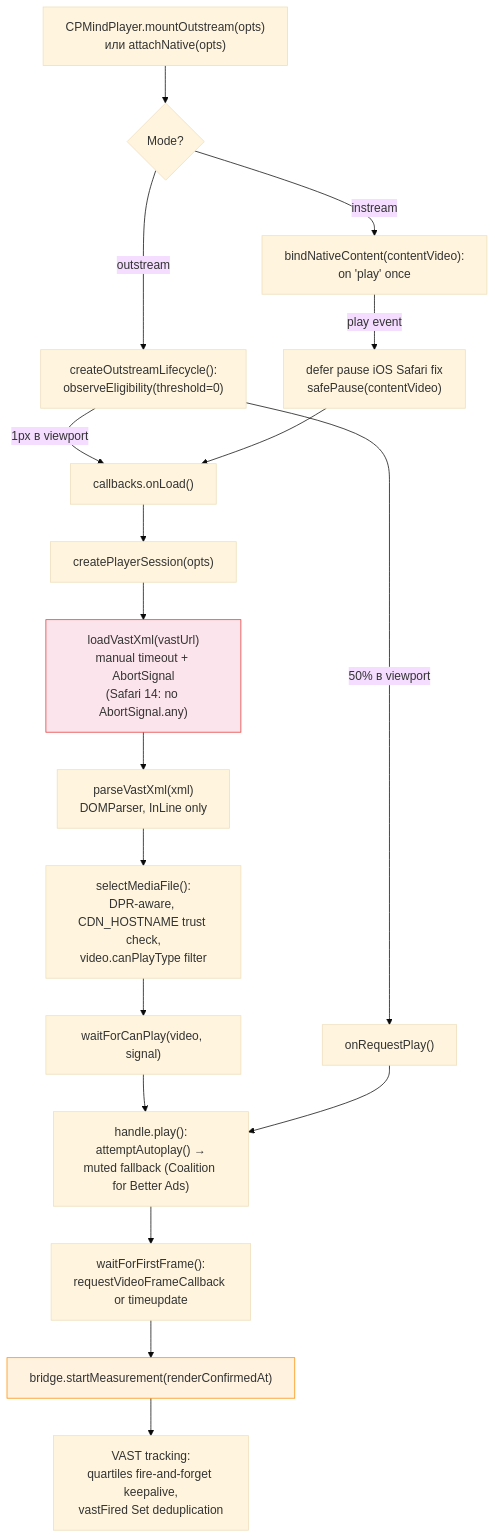
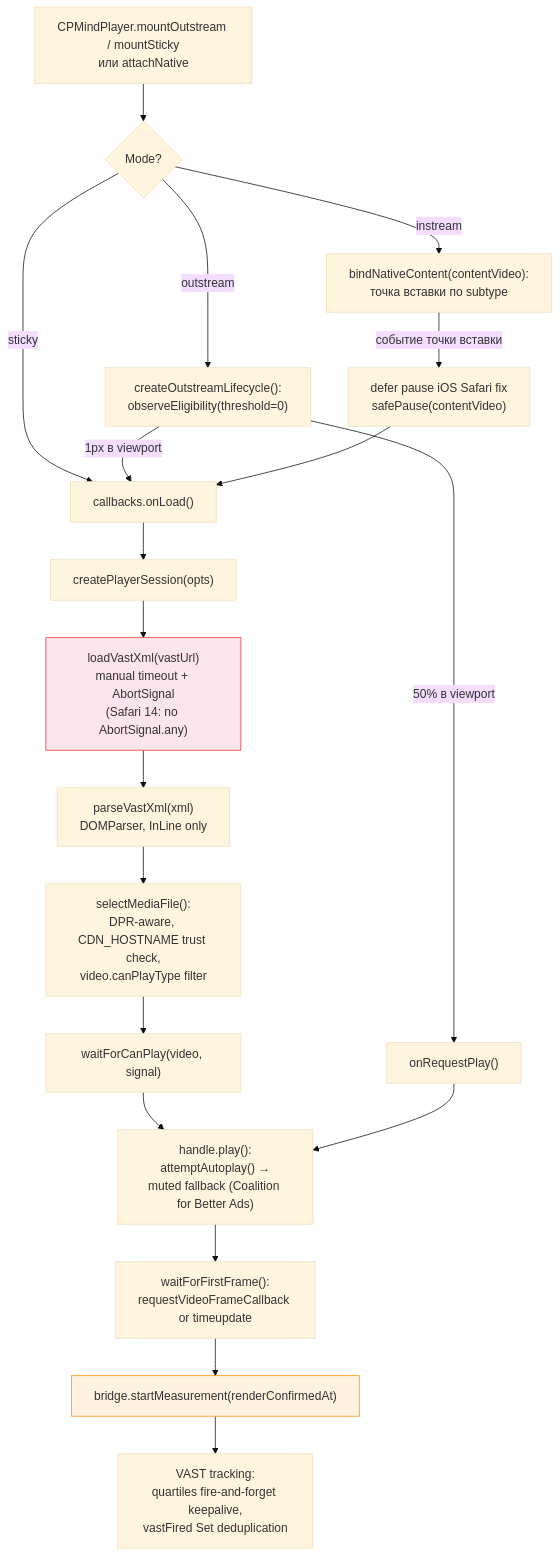
The sixth of 13 diagrams in docs/ARCHITECTURE.md (StepanCyberPsy/CPMind-core), drawn with Mermaid (base theme) before and after one commit. The commit also changed other lines of this file and 11 other files, not shown here.

````diff
--- a/docs/ARCHITECTURE.md
+++ b/docs/ARCHITECTURE.md
@@ -388,27 +367,28 @@
 ```mermaid
 flowchart TD
-    A["CPMindPlayer.mountOutstream(opts)<br/>или attachNative(opts)"] --> B{Mode?}
+    A["CPMindPlayer.mountOutstream / mountSticky<br/>или attachNative"] --> B{Mode?}
 
     B -->|outstream| C["createOutstreamLifecycle():<br/>observeEligibility(threshold=0)"]
-    B -->|instream| D["bindNativeContent(contentVideo):<br/>on 'play' once"]
+    B -->|instream| D["bindNativeContent(contentVideo):<br/>точка вставки по subtype"]
+    B -->|sticky| E
 
     C -->|"1px в viewport"| E["callbacks.onLoad()"]
-    D -->|"play event"| E2["defer pause iOS Safari fix<br/>safePause(contentVideo)"]
+    D -->|"событие точки вставки"| E2["defer pause iOS Safari fix<br/>safePause(contentVideo)"]
     E2 --> E
 
     E --> F["createPlayerSession(opts)"]
     F --> G["loadVastXml(vastUrl)<br/>manual timeout + AbortSignal<br/>(Safari 14: no AbortSignal.any)"]
     G --> H["parseVastXml(xml)<br/>DOMParser, InLine only"]
     H --> I["selectMediaFile():<br/>DPR-aware, CDN_HOSTNAME trust check,<br/>video.canPlayType filter"]
     I --> J["waitForCanPlay(video, signal)"]
     J --> K["handle.play():<br/>attemptAutoplay() →<br/>muted fallback (Coalition for Better Ads)"]
     K --> L["waitForFirstFrame():<br/>requestVideoFrameCallback or timeupdate"]
     L --> M["bridge.startMeasurement(renderConfirmedAt)"]
     M --> N["VAST tracking:<br/>quartiles fire-and-forget keepalive,<br/>vastFired Set deduplication"]
 
     C -->|"50% в viewport"| O["onRequestPlay()"]
     O --> K
 
     style G fill:#fce4ec,stroke:#e53935
     style M fill:#fff3e0,stroke:#fb8c00
 ```
````
